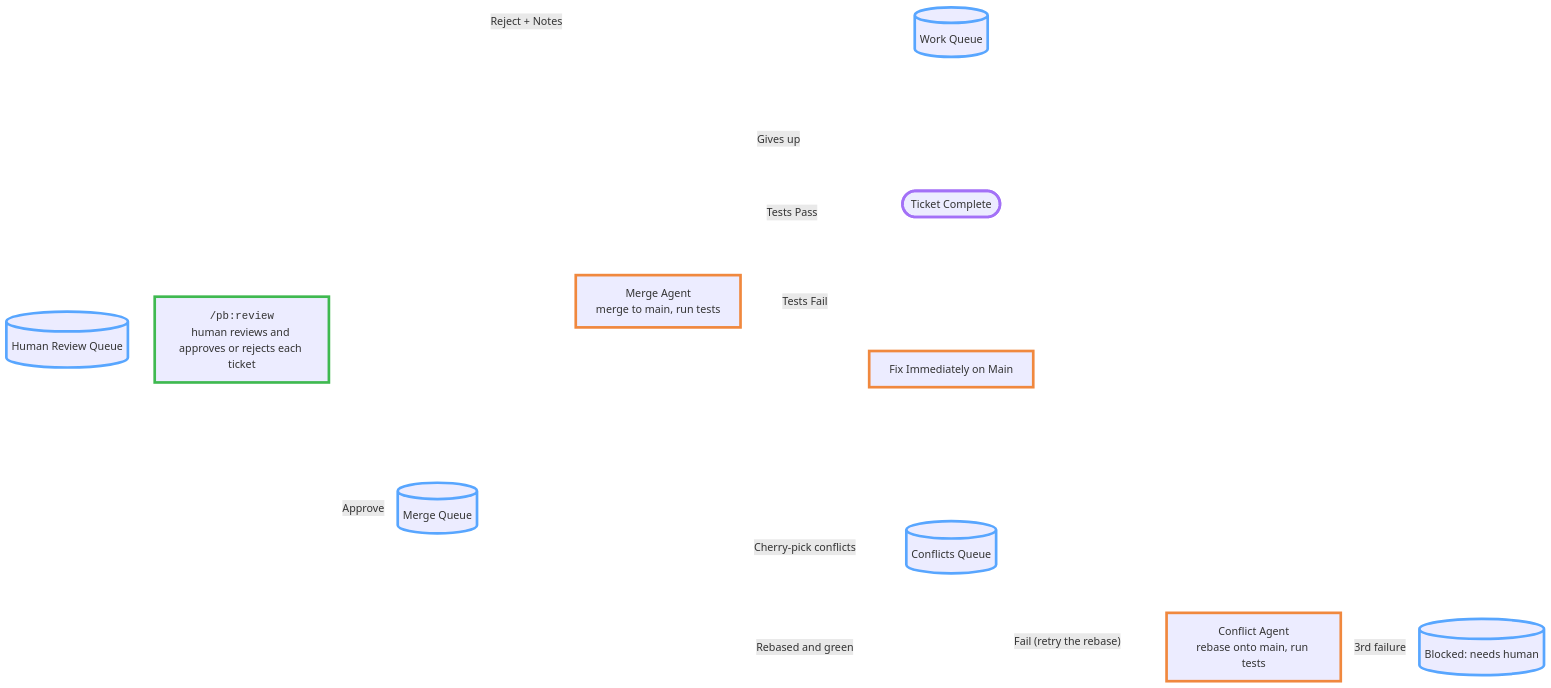
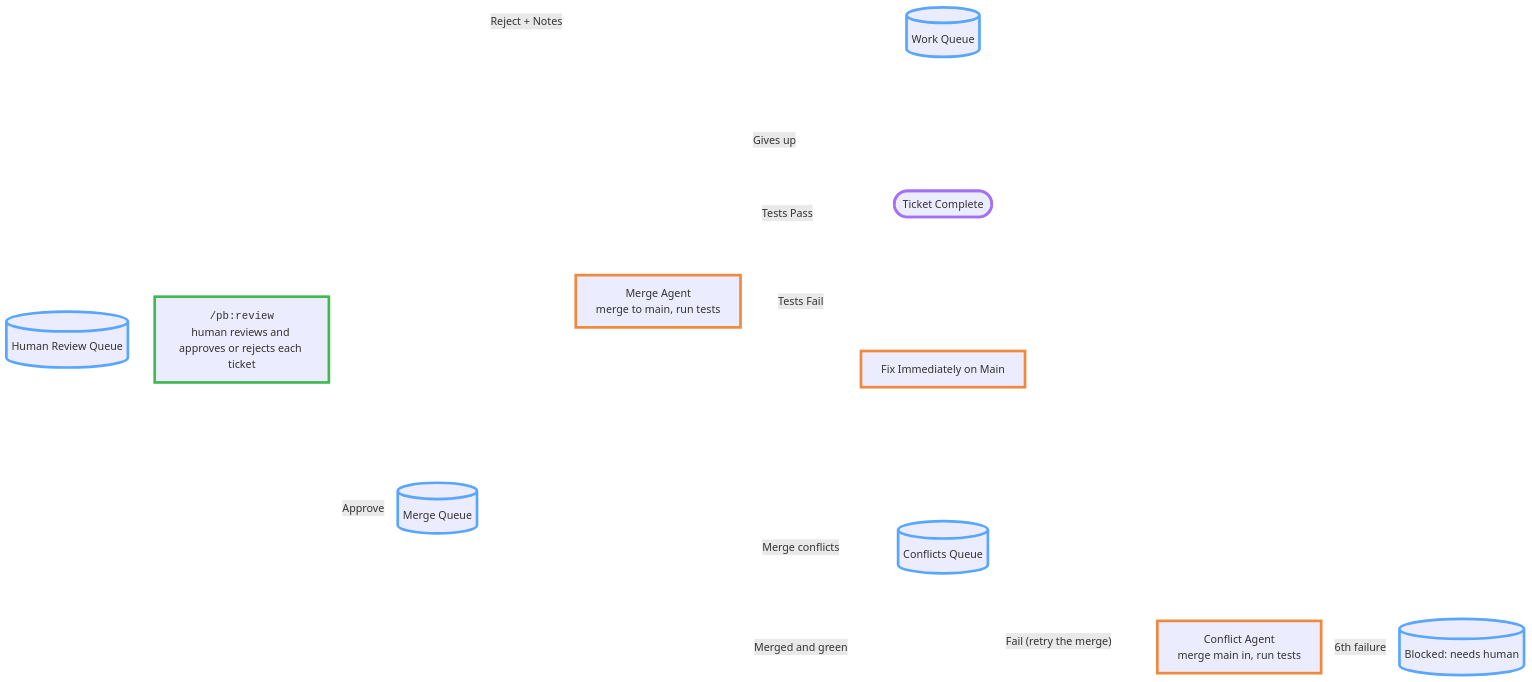
One commit to ashleydavis/playbook changed the diagram in images/handbook/pipeline-human-review.mmd. Above: the diagram before and after it, drawn with Mermaid. The commit also changed 24 other files, not shown here.

First line of the commit message:
Conflicts are now resolved by merging main, not by rebasing.

```diff
--- a/images/handbook/pipeline-human-review.mmd
+++ b/images/handbook/pipeline-human-review.mmd
@@ -1,27 +1,27 @@
 %%{init: {'layout': 'dagre', 'flowchart': {'nodeSpacing': 200, 'rankSpacing': 40}, 'themeVariables': {'lineColor': '#ffffff'}, 'themeCSS': '.edgeLabel p { padding: 4px 8px; }'}}%%
 flowchart LR
     HR[("Human Review Queue")] --> VIEW
 
     VIEW["<span style='font-family:monospace'>/pb:review</span><br/>human reviews and approves or rejects each ticket"]
 
     VIEW -->|Reject + Notes| WQ[("Work Queue")]
     VIEW -->|Approve| MQ[("Merge Queue")]
     MQ --> MA["Merge Agent<br/>merge to main, run tests"]
     MA -->|Tests Pass| DONE(["Ticket Complete"])
     MA -->|Tests Fail| FIX["Fix Immediately on Main"]
     FIX --> MA
     MA -->|"Gives up"| WQ
-    MA -->|"Cherry-pick conflicts"| CQ[("Conflicts Queue")]
-    CQ --> CA["Conflict Agent<br/>rebase onto main, run tests"]
-    CA -->|"Rebased and green"| MQ
-    CA -->|"Fail (retry the rebase)"| CQ
-    CA -->|"3rd failure"| BLK[("Blocked: needs human")]
+    MA -->|"Merge conflicts"| CQ[("Conflicts Queue")]
+    CQ --> CA["Conflict Agent<br/>merge main in, run tests"]
+    CA -->|"Merged and green"| MQ
+    CA -->|"Fail (retry the merge)"| CQ
+    CA -->|"6th failure"| BLK[("Blocked: needs human")]
     classDef queue stroke:#58a6ff,stroke-width:4px
     class HR,WQ,MQ,CQ,BLK queue
     classDef human stroke:#3fb950,stroke-width:4px
     classDef agent stroke:#f0883e,stroke-width:4px
     class VIEW human
     class MA,FIX,CA agent
     classDef done stroke:#a371f7,stroke-width:4px
     class DONE done
     linkStyle default stroke:#ffffff,stroke-width:2px
```
